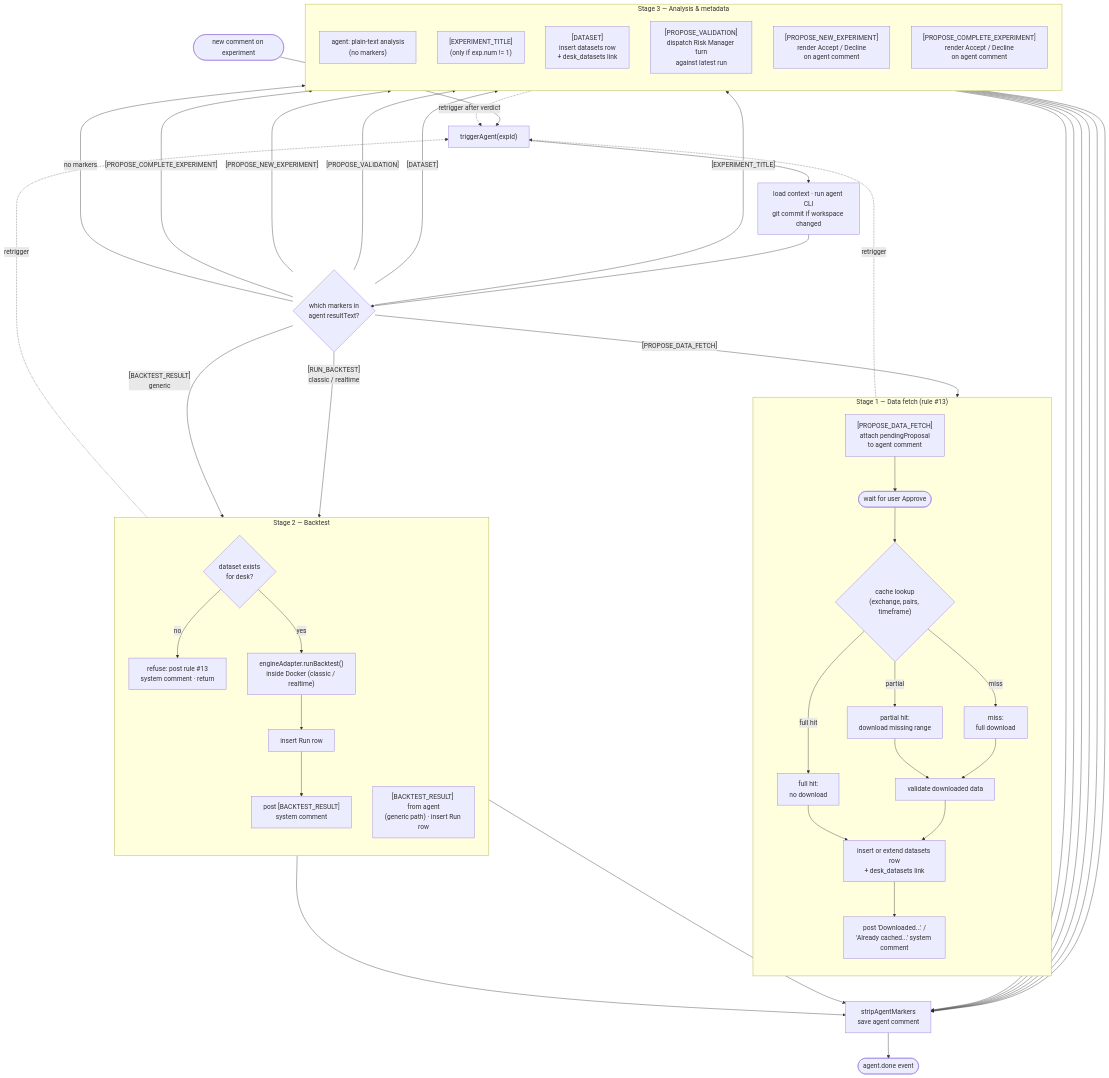
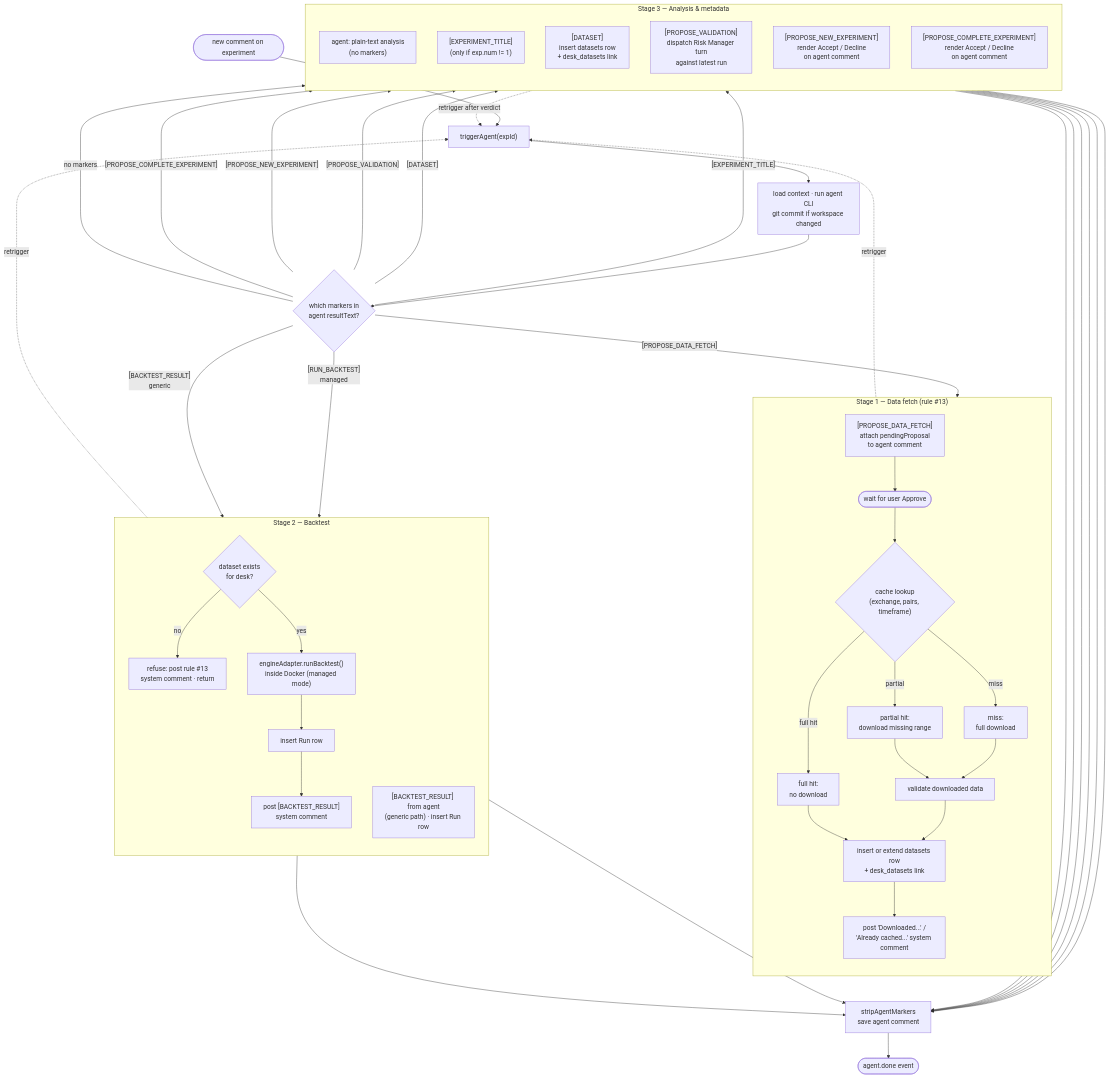
The first of 2 diagrams in doc/agent/LIFECYCLE.md (0xbet-ai/QuantDesk), drawn with Mermaid before and after one commit. The commit also changed 1 other file, not shown here.

Commit message:
docs: collapse classic/realtime into 'managed mode' in markers/lifecycle

````diff
--- a/doc/agent/LIFECYCLE.md
+++ b/doc/agent/LIFECYCLE.md
@@ -9,74 +9,74 @@
 ```mermaid
 %%{init: {'flowchart': {'nodeSpacing': 55, 'rankSpacing': 65, 'htmlLabels': true}, 'themeVariables': {'fontSize': '17px'}}}%%
 flowchart TD
     Start(["new comment on experiment"]) --> Trigger["triggerAgent(expId)"]
     Trigger --> Ctx["load context · run agent CLI<br/>git commit if workspace changed"]
     Ctx --> Parse{"which markers in<br/>agent resultText?"}
 
     %% ── STAGE 1: data fetch lifecycle ──
     subgraph S1["Stage 1 — Data fetch (rule #13)"]
         direction TB
         P1["#91;PROPOSE_DATA_FETCH#93;<br/>attach pendingProposal<br/>to agent comment"]
         P2(["wait for user Approve"])
         PL{"cache lookup<br/>(exchange, pairs, timeframe)"}
         PFH["full hit:<br/>no download"]
         PPH["partial hit:<br/>download missing range"]
         PMS["miss:<br/>full download"]
         PV["validate downloaded data"]
         P3a["insert or extend datasets row<br/>+ desk_datasets link"]
         P4["post 'Downloaded...' /<br/>'Already cached...' system comment"]
         P1 --> P2 --> PL
         PL -- full hit --> PFH --> P3a
         PL -- partial --> PPH --> PV
         PL -- miss --> PMS --> PV
         PV --> P3a --> P4
     end
 
     %% ── STAGE 2: backtest lifecycle ──
     subgraph S2["Stage 2 — Backtest"]
         direction TB
         B0{"dataset exists<br/>for desk?"}
         B1["refuse: post rule #13<br/>system comment · return"]
-        B2["engineAdapter.runBacktest()<br/>inside Docker (classic / realtime)"]
+        B2["engineAdapter.runBacktest()<br/>inside Docker (managed mode)"]
         B3["insert Run row"]
         B4["post #91;BACKTEST_RESULT#93;<br/>system comment"]
         BG["#91;BACKTEST_RESULT#93; from agent<br/>(generic path) · insert Run row"]
         B0 -- no --> B1
         B0 -- yes --> B2 --> B3 --> B4
     end
 
     %% ── STAGE 3: analysis / metadata ──
     subgraph S3["Stage 3 — Analysis &amp; metadata"]
         direction TB
         A1["agent: plain-text analysis<br/>(no markers)"]
         A2["#91;EXPERIMENT_TITLE#93;<br/>(only if exp.num != 1)"]
         A3["#91;DATASET#93;<br/>insert datasets row<br/>+ desk_datasets link"]
         A4["#91;PROPOSE_VALIDATION#93;<br/>dispatch Risk Manager turn<br/>against latest run"]
         A5["#91;PROPOSE_NEW_EXPERIMENT#93;<br/>render Accept / Decline<br/>on agent comment"]
         A6["#91;PROPOSE_COMPLETE_EXPERIMENT#93;<br/>render Accept / Decline<br/>on agent comment"]
     end
 
     Parse -- "#91;PROPOSE_DATA_FETCH#93;" --> P1
-    Parse -- "#91;RUN_BACKTEST#93;<br/>classic / realtime" --> B0
+    Parse -- "#91;RUN_BACKTEST#93;<br/>managed" --> B0
     Parse -- "#91;BACKTEST_RESULT#93;<br/>generic" --> BG
     Parse -- "#91;EXPERIMENT_TITLE#93;" --> A2
     Parse -- "#91;DATASET#93;" --> A3
     Parse -- "#91;PROPOSE_VALIDATION#93;" --> A4
     Parse -- "#91;PROPOSE_NEW_EXPERIMENT#93;" --> A5
     Parse -- "#91;PROPOSE_COMPLETE_EXPERIMENT#93;" --> A6
     Parse -- "no markers" --> A1
 
     %% retrigger edges showing the stage cycle
     P4 -. "retrigger" .-> Trigger
     B4 -. "retrigger" .-> Trigger
     A4 -. "retrigger after verdict" .-> Trigger
     BG --> Strip
     A1 --> Strip
     A2 --> Strip
     A3 --> Strip
     A4 --> Strip
     A5 --> Strip
     A6 --> Strip
     B1 --> Strip
     Strip["stripAgentMarkers<br/>save agent comment"] --> Done(["agent.done event"])
 ```
````
